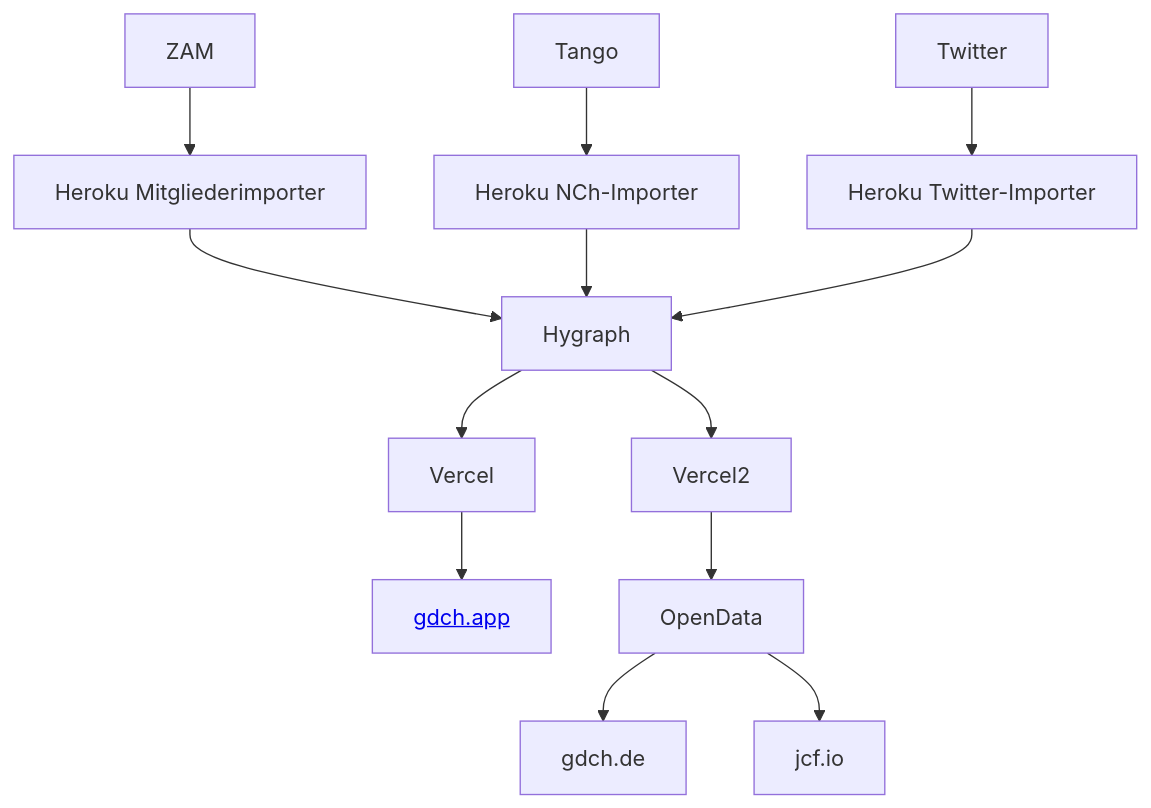
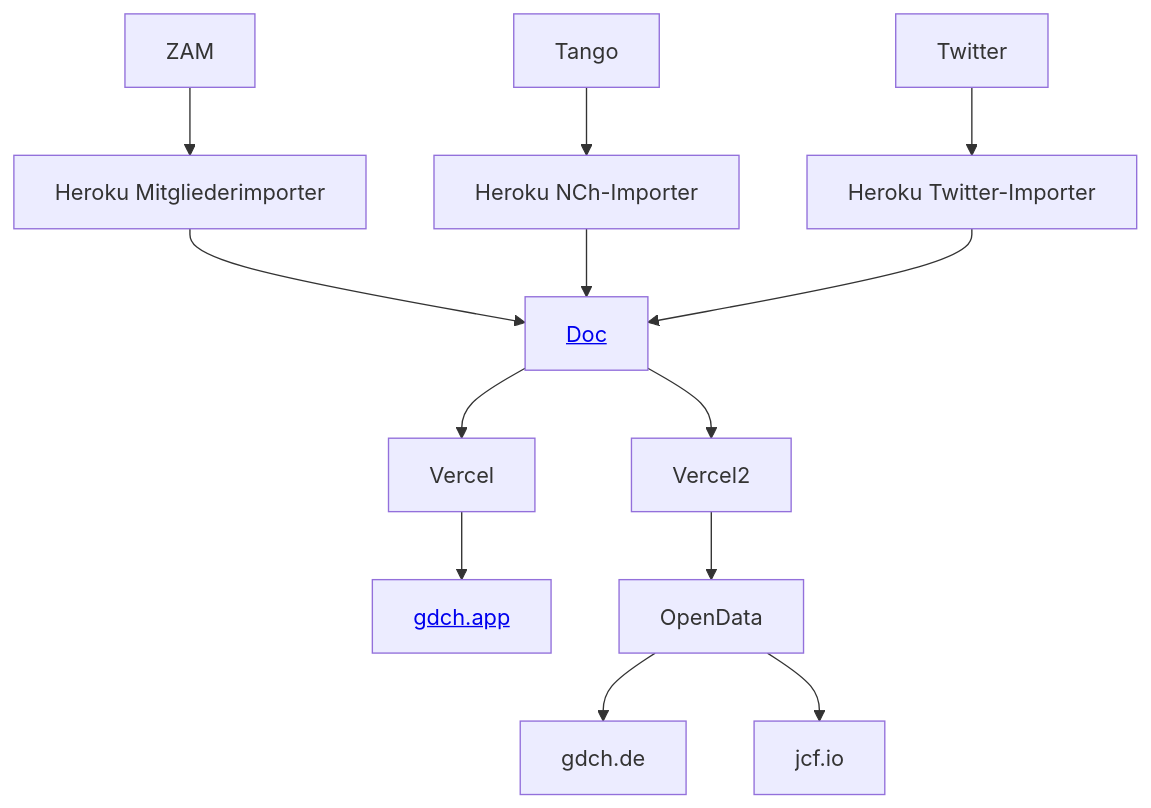
The diagram in infrastructure.md (GDCh-de/docs), drawn with Mermaid before and after one commit. The commit also changed other lines of this file, not shown here.

````diff
--- a/infrastructure.md
+++ b/infrastructure.md
@@ -3,9 +3,9 @@
 ```mermaid
 graph TD;
-  Hygraph --> Vercel --> App[<a href='https://gdch.app'>gdch.app</a>];
+  Hygraph[<a href='hygraph.md'>Doc</a>] --> Vercel --> App[<a href='https://gdch.app'>gdch.app</a>];
   ZAM --> Heroku1[Heroku Mitgliederimporter] --> Hygraph;
   Tango --> Heroku2[Heroku NCh-Importer] --> Hygraph;
   Twitter --> Heroku3[Heroku Twitter-Importer] --> Hygraph;
   Hygraph --> Vercel2 --> OpenData --> gdch.de;
   OpenData --> jcf.io
 ```
````
